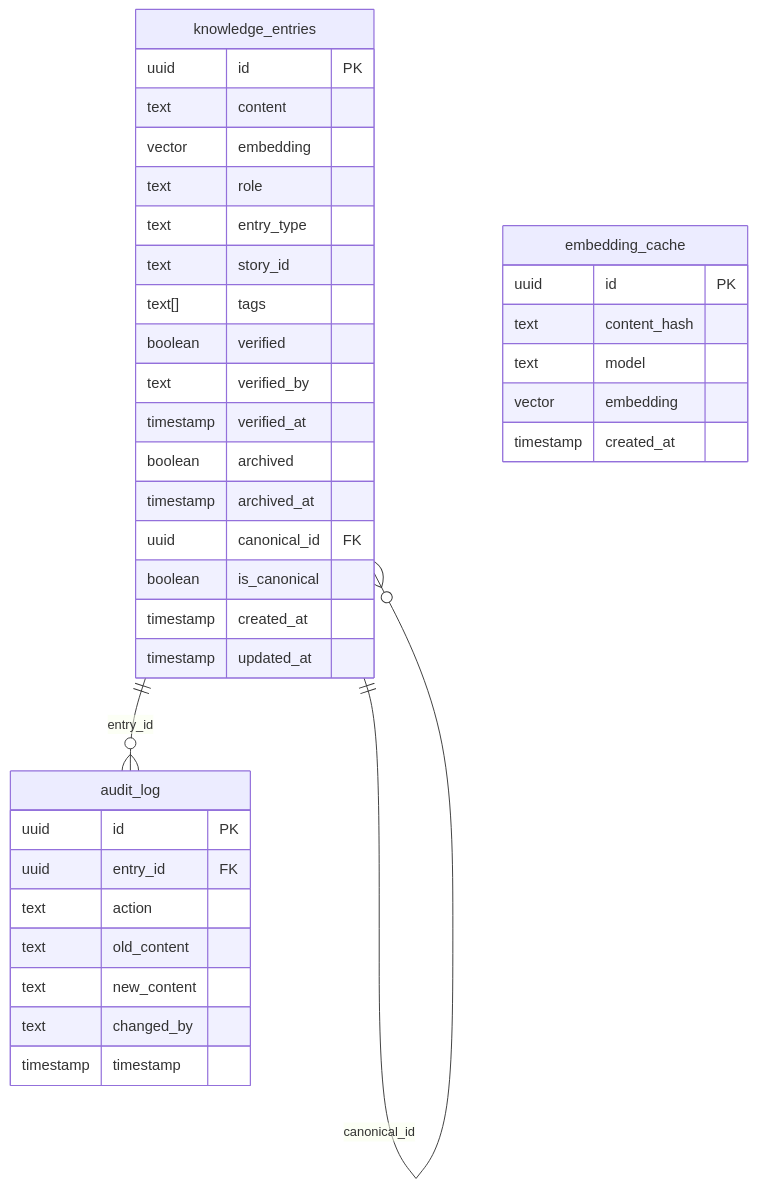
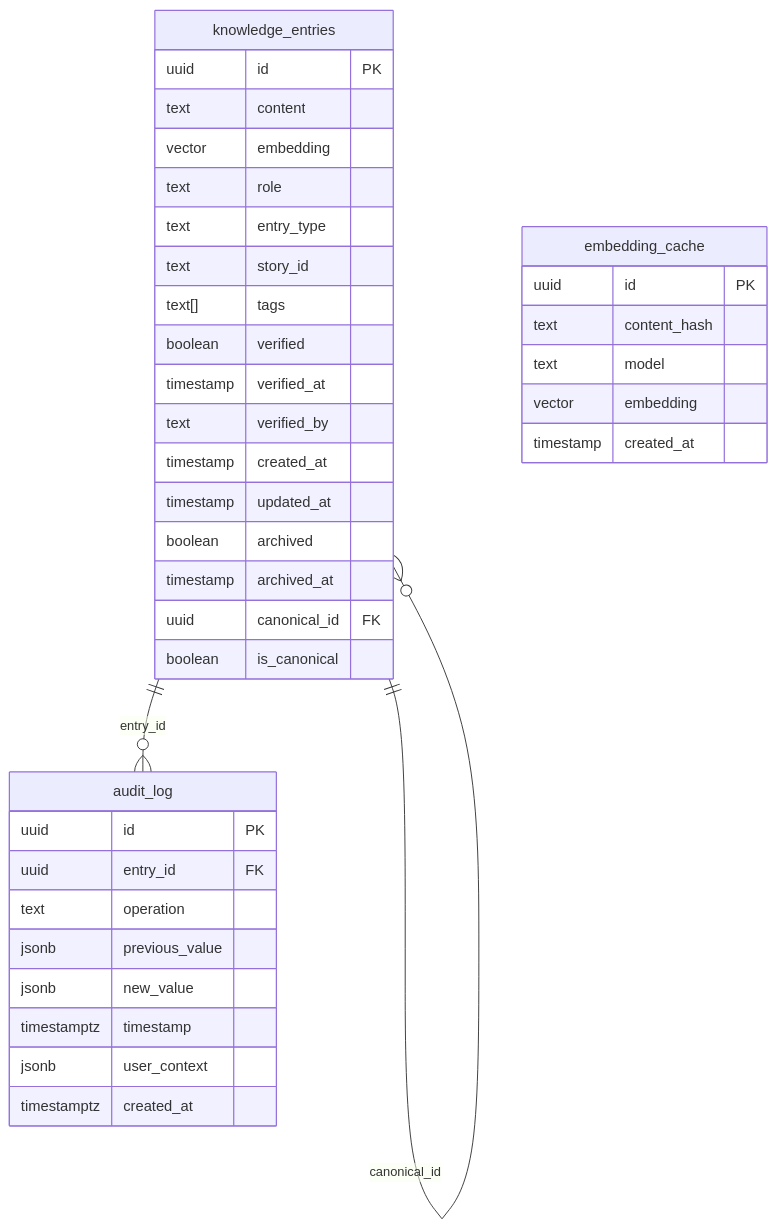
One commit to michael-menard/monorepo changed the first of 9 diagrams in knowledgebase-erd.md. Above: the diagram before and after it, drawn with Mermaid. The commit also changed other lines of this file and 51 other files, not shown here.

````diff
--- a/knowledgebase-erd.md
+++ b/knowledgebase-erd.md
@@ -201,42 +18,43 @@
 ```mermaid
 erDiagram
     knowledge_entries ||--o{ audit_log : "entry_id"
     knowledge_entries ||--o{ knowledge_entries : "canonical_id"
 
     knowledge_entries {
         uuid id PK
         text content
         vector embedding
         text role
         text entry_type
         text story_id
         text[] tags
         boolean verified
+        timestamp verified_at
         text verified_by
-        timestamp verified_at
+        timestamp created_at
+        timestamp updated_at
         boolean archived
         timestamp archived_at
         uuid canonical_id FK
         boolean is_canonical
-        timestamp created_at
-        timestamp updated_at
     }
 
     audit_log {
         uuid id PK
         uuid entry_id FK
-        text action
-        text old_content
-        text new_content
-        text changed_by
-        timestamp timestamp
+        text operation
+        jsonb previous_value
+        jsonb new_value
+        timestamptz timestamp
+        jsonb user_context
+        timestamptz created_at
     }
 
     embedding_cache {
         uuid id PK
         text content_hash
         text model
         vector embedding
         timestamp created_at
     }
 ```
````
